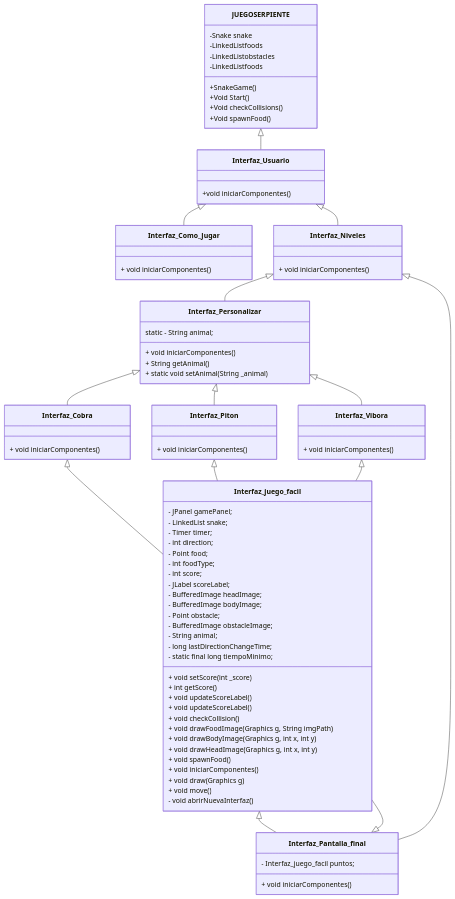
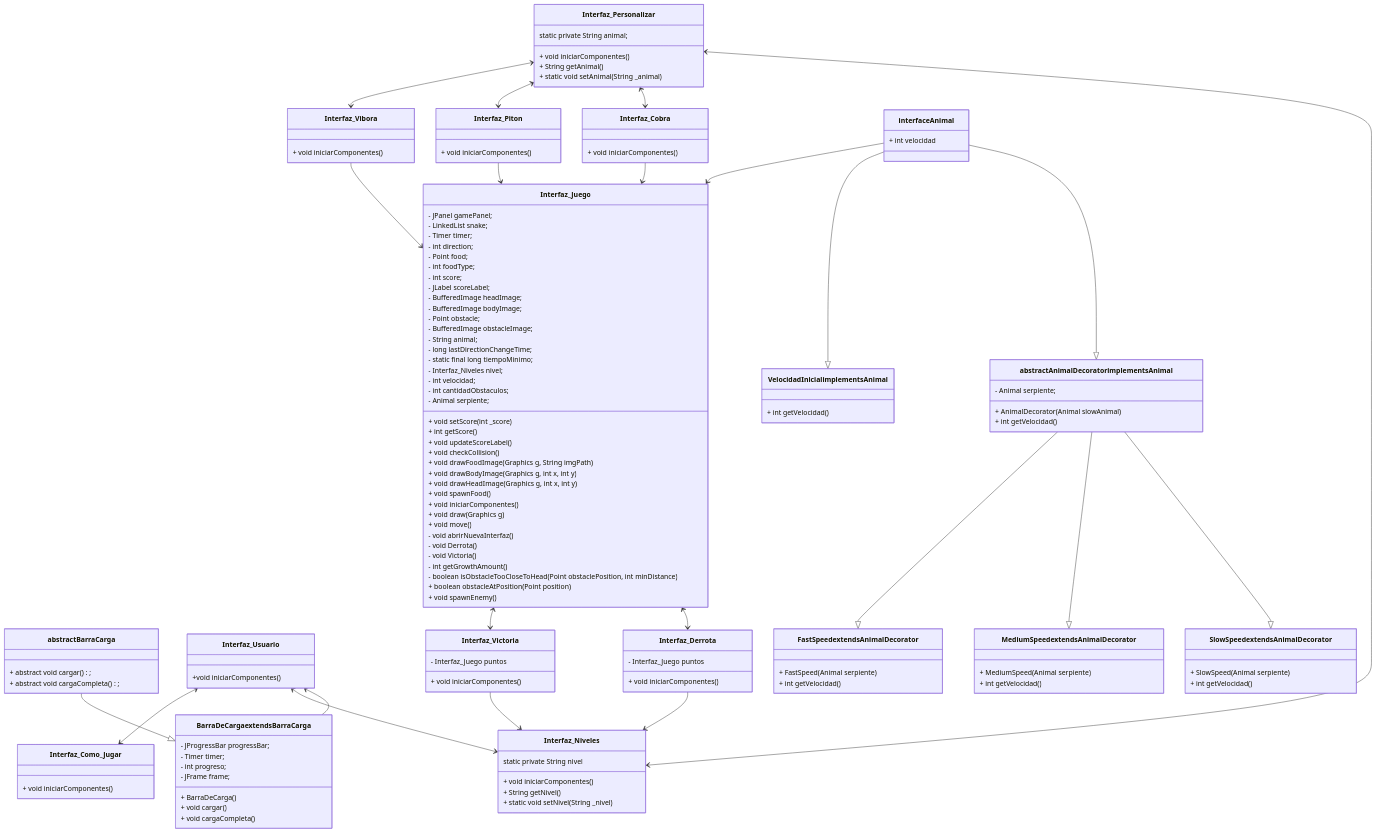
One commit to amingom/Juego-SnakeChallenge changed the diagram in README.md. Above: the diagram before and after it, drawn with Mermaid. The commit also changed other lines of this file, not shown here.

````diff
--- a/README.md
+++ b/README.md
@@ -29,42 +28,37 @@
 ```mermaid
 
-classDiagram
-    JUEGOSERPIENTE <|-- Interfaz_Usuario
-    Interfaz_Usuario <|-- Interfaz_Como_Jugar
-    Interfaz_Cobra <|-- Interfaz_juego_facil
-    Interfaz_Piton <|-- Interfaz_juego_facil
-    Interfaz_Vibora <|-- Interfaz_juego_facil
-    Interfaz_Usuario <|-- Interfaz_Niveles
-    Interfaz_Niveles <|-- Interfaz_Personalizar
-    Interfaz_Personalizar <|-- Interfaz_Cobra
-    Interfaz_Personalizar <|-- Interfaz_Piton
-    Interfaz_Personalizar <|-- Interfaz_Vibora
-    Interfaz_Pantalla_final <|-- Interfaz_juego_facil
-    Interfaz_juego_facil <|-- Interfaz_Pantalla_final
-    Interfaz_Niveles <|-- Interfaz_Pantalla_final
-
-    JUEGOSERPIENTE : -Snake snake
-    JUEGOSERPIENTE : -LinkedList<Food>foods
-    JUEGOSERPIENTE : -LinkedList<Obstacle>obstacles
-    JUEGOSERPIENTE : -LinkedList<Food>foods
-    JUEGOSERPIENTE : +SnakeGame()
-    JUEGOSERPIENTE : +Void Start()
-    JUEGOSERPIENTE: +Void checkCollisions()
-    JUEGOSERPIENTE: +Void spawnFood()
-
-    
+classDiagram   
+    abstract BarraCarga --|> BarraDeCarga extends BarraCarga
+    Interfaz_Usuario <-- BarraDeCarga extends BarraCarga
+    Interfaz_Usuario <--> Interfaz_Niveles
+    Interfaz_Usuario <--> Interfaz_Como_Jugar
+    Interfaz_Personalizar <--> Interfaz_Niveles
+    Interfaz_Personalizar <--> Interfaz_Cobra
+    Interfaz_Personalizar <--> Interfaz_Piton
+    Interfaz_Personalizar <--> Interfaz_Vibora
+    Interfaz_Cobra -->Interfaz_Juego
+    Interfaz_Piton --> Interfaz_Juego
+    Interfaz_Vibora--> Interfaz_Juego
+    Interfaz_Juego <--> Interfaz_Derrota
+    Interfaz_Juego <--> Interfaz_Victoria
+    Interfaz_Derrota --> Interfaz_Niveles
+    Interfaz_Victoria --> Interfaz_Niveles
+    interfaceAnimal--|> abstract AnimalDecorator implements Animal
+    interfaceAnimal--|> VelocidadInicial implements Animal
+    abstract AnimalDecorator implements Animal --|> SlowSpeed extends AnimalDecorator
+    abstract AnimalDecorator implements Animal --|> MediumSpeed extends AnimalDecorator
+    abstract AnimalDecorator implements Animal --|> FastSpeed extends AnimalDecorator
+    interfaceAnimal-->Interfaz_Juego
 
    class Interfaz_Usuario{ 
     +void iniciarComponentes()
    }
  
-
     class Interfaz_Como_Jugar{
         + void iniciarComponentes()
     }
 
-
-    class Interfaz_juego_facil{
+    class Interfaz_Juego{
     - JPanel gamePanel;
 	- LinkedList<Point> snake;
 	- Timer timer;
@@ -78,14 +72,15 @@
 	- Point obstacle;
 	- BufferedImage obstacleImage;
 	- String animal;
-        - long lastDirectionChangeTime; 
+    - long lastDirectionChangeTime; 
 	- static final long tiempoMinimo;
-
-
+    - Interfaz_Niveles nivel; 
+	- int velocidad;
+	- int cantidadObstaculos;
+	- Animal serpiente;
 
     + void setScore(int _score)
     + int getScore()
-    + void updateScoreLabel()
     + void updateScoreLabel()
     + void checkCollision()
     + void drawFoodImage(Graphics g, String imgPath)
@@ -96,17 +91,23 @@
     + void draw(Graphics g)
     + void move()
     - void abrirNuevaInterfaz()
-
-
+    - void Derrota()
+    - void Victoria()
+    - int getGrowthAmount()
+    - boolean isObstacleTooCloseToHead(Point obstaclePosition, int minDistance)
+    + boolean obstacleAtPosition(Point position)
+    + void spawnEnemy()
     }
 
     class Interfaz_Niveles{
+        static private String nivel
        + void iniciarComponentes()
+       + String getNivel()
+       + static void setNivel(String _nivel)
     }
 
     class Interfaz_Personalizar{
-        static - String animal;
-
+       static private String animal;
        + void iniciarComponentes()
        + String getAnimal()
        + static void setAnimal(String _animal)
@@ -124,15 +125,64 @@
         + void iniciarComponentes()
      }
 
-     class Interfaz_Pantalla_final{
-        - Interfaz_juego_facil puntos;
-
-
-        + void iniciarComponentes()
+     class Interfaz_Derrota{
+       - Interfaz_Juego puntos
+       + void iniciarComponentes()
      }
 
+     class Interfaz_Victoria{
+       - Interfaz_Juego puntos
+       + void iniciarComponentes()
+     }
 
-    
+     class interface Animal{
+       + int velocidad
+     }
 
+     class abstract AnimalDecorator implements Animal {
+        - Animal serpiente;
+        + AnimalDecorator(Animal slowAnimal)
+        + int getVelocidad()
+
+     }
+
+     class abstract BarraCarga{
+
+        + abstract void cargar();
+        + abstract void cargaCompleta();
+
+     }
+
+     class BarraDeCarga extends BarraCarga {
+
+    - JProgressBar progressBar;
+    - Timer timer;
+    - int progreso;
+    - JFrame frame;
+
+    + BarraDeCarga() 
+    + void cargar()
+    + void cargaCompleta()      
+    }
+
+    class FastSpeed extends AnimalDecorator{
+        + FastSpeed(Animal serpiente)
+        + int getVelocidad()
+    }
+
+    class MediumSpeed extends AnimalDecorator{
+       + MediumSpeed(Animal serpiente)
+       + int getVelocidad()
+    }
+
+    class SlowSpeed extends AnimalDecorator{
+        + SlowSpeed(Animal serpiente)
+        + int getVelocidad()
+    }
+
+    class VelocidadInicial implements Animal{
+       + int getVelocidad() 
+    }
+   
 
 ```
````
